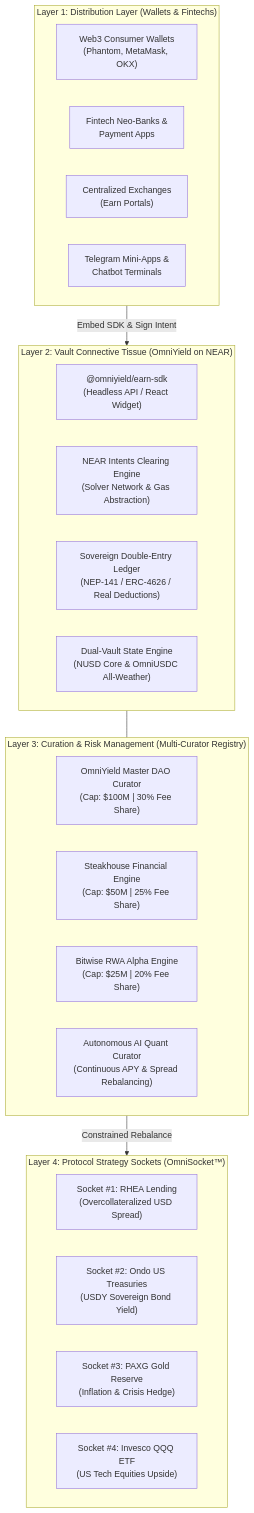
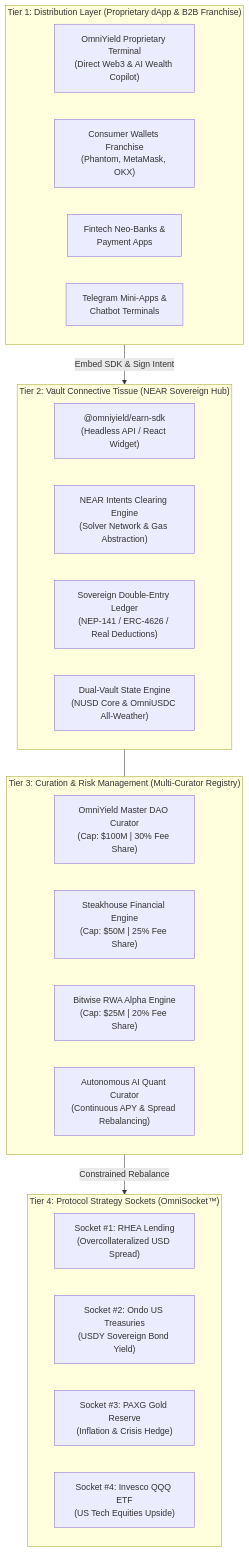
Before and after one commit to GOSUN-CAPITAL/omniyield-protocol: the first of 2 diagrams in docs/WHITEPAPER.md, drawn with Mermaid. The commit also changed other lines of this file and 8 other files, not shown here.

Commit message:
docs: establish proprietary+B2B positioning, NEAR hub franchise topology, and remove external branding

````diff
--- a/docs/WHITEPAPER.md
+++ b/docs/WHITEPAPER.md
@@ -64,34 +78,34 @@
 ```mermaid
 flowchart TD
-    subgraph Layer1 ["Layer 1: Distribution Layer (Wallets & Fintechs)"]
-        D1["Web3 Consumer Wallets\n(Phantom, MetaMask, OKX)"]
-        D2["Fintech Neo-Banks &\nPayment Apps"]
-        D3["Centralized Exchanges\n(Earn Portals)"]
+    subgraph Tier1 ["Tier 1: Distribution Layer (Proprietary dApp & B2B Franchise)"]
+        D1["OmniYield Proprietary Terminal\n(Direct Web3 & AI Wealth Copilot)"]
+        D2["Consumer Wallets Franchise\n(Phantom, MetaMask, OKX)"]
+        D3["Fintech Neo-Banks &\nPayment Apps"]
         D4["Telegram Mini-Apps &\nChatbot Terminals"]
     end
 
-    subgraph Layer2 ["Layer 2: Vault Connective Tissue (OmniYield on NEAR)"]
+    subgraph Tier2 ["Tier 2: Vault Connective Tissue (NEAR Sovereign Hub)"]
         SDK["@omniyield/earn-sdk\n(Headless API / React Widget)"]
         Intents["NEAR Intents Clearing Engine\n(Solver Network & Gas Abstraction)"]
         Ledger["Sovereign Double-Entry Ledger\n(NEP-141 / ERC-4626 / Real Deductions)"]
         DualVault["Dual-Vault State Engine\n(NUSD Core & OmniUSDC All-Weather)"]
     end
 
-    subgraph Layer3 ["Layer 3: Curation & Risk Management (Multi-Curator Registry)"]
+    subgraph Tier3 ["Tier 3: Curation & Risk Management (Multi-Curator Registry)"]
         C1["OmniYield Master DAO Curator\n(Cap: $100M | 30% Fee Share)"]
         C2["Steakhouse Financial Engine\n(Cap: $50M | 25% Fee Share)"]
         C3["Bitwise RWA Alpha Engine\n(Cap: $25M | 20% Fee Share)"]
         C4["Autonomous AI Quant Curator\n(Continuous APY & Spread Rebalancing)"]
     end
 
-    subgraph Layer4 ["Layer 4: Protocol Strategy Sockets (OmniSocket™)"]
+    subgraph Tier4 ["Tier 4: Protocol Strategy Sockets (OmniSocket™)"]
         S1["Socket #1: RHEA Lending\n(Overcollateralized USD Spread)"]
         S2["Socket #2: Ondo US Treasuries\n(USDY Sovereign Bond Yield)"]
         S3["Socket #3: PAXG Gold Reserve\n(Inflation & Crisis Hedge)"]
         S4["Socket #4: Invesco QQQ ETF\n(US Tech Equities Upside)"]
     end
 
-    Layer1 -->|Embed SDK & Sign Intent| Layer2
-    Layer2 --- Layer3
-    Layer3 -->|Constrained Rebalance| Layer4
+    Tier1 -->|Embed SDK & Sign Intent| Tier2
+    Tier2 --- Tier3
+    Tier3 -->|Constrained Rebalance| Tier4
 ```
````
